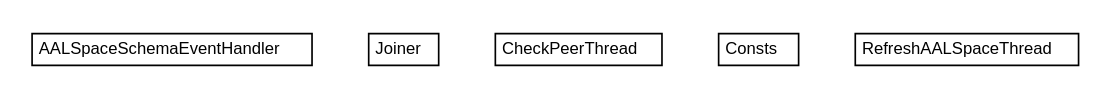
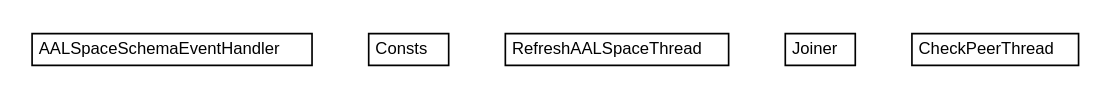
One commit to universAAL/middleware changed the diagram in mw.pom/apidocs/org/universAAL/middleware/managers/aalspace/util/org.universAAL.middleware.managers.aalspace.util.dot. Above: the diagram before and after it, drawn with Graphviz. The commit also changed 2589 other files, not shown here.

```diff
--- a/mw.pom/apidocs/org/universAAL/middleware/managers/aalspace/util/org.universAAL.middleware.managers.aalspace.util.dot
+++ b/mw.pom/apidocs/org/universAAL/middleware/managers/aalspace/util/org.universAAL.middleware.managers.aalspace.util.dot
@@ -1,42 +1,42 @@
 #!/usr/local/bin/dot
 #
 # Class diagram 
 # Generated by UMLGraph version R5_6-24-gf6e263 (http://www.umlgraph.org/)
 #
 
 digraph G {
 	edge [fontname="Helvetica",fontsize=10,labelfontname="Helvetica",labelfontsize=10];
 	node [fontname="Helvetica",fontsize=10,shape=plaintext];
 	nodesep=0.25;
 	ranksep=0.5;
 	// org.universAAL.middleware.managers.aalspace.util.AALSpaceSchemaEventHandler
 	c34834 [label=<<table title="org.universAAL.middleware.managers.aalspace.util.AALSpaceSchemaEventHandler" border="0" cellborder="1" cellspacing="0" cellpadding="2" port="p" href="./AALSpaceSchemaEventHandler.html">
 		<tr><td><table border="0" cellspacing="0" cellpadding="1">
 <tr><td align="center" balign="center"> AALSpaceSchemaEventHandler </td></tr>
 		</table></td></tr>
 		</table>>, URL="./AALSpaceSchemaEventHandler.html", fontname="Helvetica", fontcolor="black", fontsize=10.0];
+	// org.universAAL.middleware.managers.aalspace.util.Consts
+	c34835 [label=<<table title="org.universAAL.middleware.managers.aalspace.util.Consts" border="0" cellborder="1" cellspacing="0" cellpadding="2" port="p" href="./Consts.html">
+		<tr><td><table border="0" cellspacing="0" cellpadding="1">
+<tr><td align="center" balign="center"> Consts </td></tr>
+		</table></td></tr>
+		</table>>, URL="./Consts.html", fontname="Helvetica", fontcolor="black", fontsize=10.0];
+	// org.universAAL.middleware.managers.aalspace.util.RefreshAALSpaceThread
+	c34836 [label=<<table title="org.universAAL.middleware.managers.aalspace.util.RefreshAALSpaceThread" border="0" cellborder="1" cellspacing="0" cellpadding="2" port="p" href="./RefreshAALSpaceThread.html">
+		<tr><td><table border="0" cellspacing="0" cellpadding="1">
+<tr><td align="center" balign="center"> RefreshAALSpaceThread </td></tr>
+		</table></td></tr>
+		</table>>, URL="./RefreshAALSpaceThread.html", fontname="Helvetica", fontcolor="black", fontsize=10.0];
 	// org.universAAL.middleware.managers.aalspace.util.Joiner
-	c34835 [label=<<table title="org.universAAL.middleware.managers.aalspace.util.Joiner" border="0" cellborder="1" cellspacing="0" cellpadding="2" port="p" href="./Joiner.html">
+	c34837 [label=<<table title="org.universAAL.middleware.managers.aalspace.util.Joiner" border="0" cellborder="1" cellspacing="0" cellpadding="2" port="p" href="./Joiner.html">
 		<tr><td><table border="0" cellspacing="0" cellpadding="1">
 <tr><td align="center" balign="center"> Joiner </td></tr>
 		</table></td></tr>
 		</table>>, URL="./Joiner.html", fontname="Helvetica", fontcolor="black", fontsize=10.0];
 	// org.universAAL.middleware.managers.aalspace.util.CheckPeerThread
-	c34836 [label=<<table title="org.universAAL.middleware.managers.aalspace.util.CheckPeerThread" border="0" cellborder="1" cellspacing="0" cellpadding="2" port="p" href="./CheckPeerThread.html">
+	c34838 [label=<<table title="org.universAAL.middleware.managers.aalspace.util.CheckPeerThread" border="0" cellborder="1" cellspacing="0" cellpadding="2" port="p" href="./CheckPeerThread.html">
 		<tr><td><table border="0" cellspacing="0" cellpadding="1">
 <tr><td align="center" balign="center"> CheckPeerThread </td></tr>
 		</table></td></tr>
 		</table>>, URL="./CheckPeerThread.html", fontname="Helvetica", fontcolor="black", fontsize=10.0];
-	// org.universAAL.middleware.managers.aalspace.util.Consts
-	c34837 [label=<<table title="org.universAAL.middleware.managers.aalspace.util.Consts" border="0" cellborder="1" cellspacing="0" cellpadding="2" port="p" href="./Consts.html">
-		<tr><td><table border="0" cellspacing="0" cellpadding="1">
-<tr><td align="center" balign="center"> Consts </td></tr>
-		</table></td></tr>
-		</table>>, URL="./Consts.html", fontname="Helvetica", fontcolor="black", fontsize=10.0];
-	// org.universAAL.middleware.managers.aalspace.util.RefreshAALSpaceThread
-	c34838 [label=<<table title="org.universAAL.middleware.managers.aalspace.util.RefreshAALSpaceThread" border="0" cellborder="1" cellspacing="0" cellpadding="2" port="p" href="./RefreshAALSpaceThread.html">
-		<tr><td><table border="0" cellspacing="0" cellpadding="1">
-<tr><td align="center" balign="center"> RefreshAALSpaceThread </td></tr>
-		</table></td></tr>
-		</table>>, URL="./RefreshAALSpaceThread.html", fontname="Helvetica", fontcolor="black", fontsize=10.0];
 }
```
